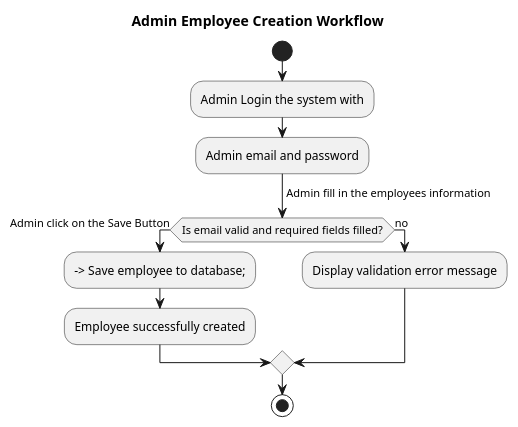
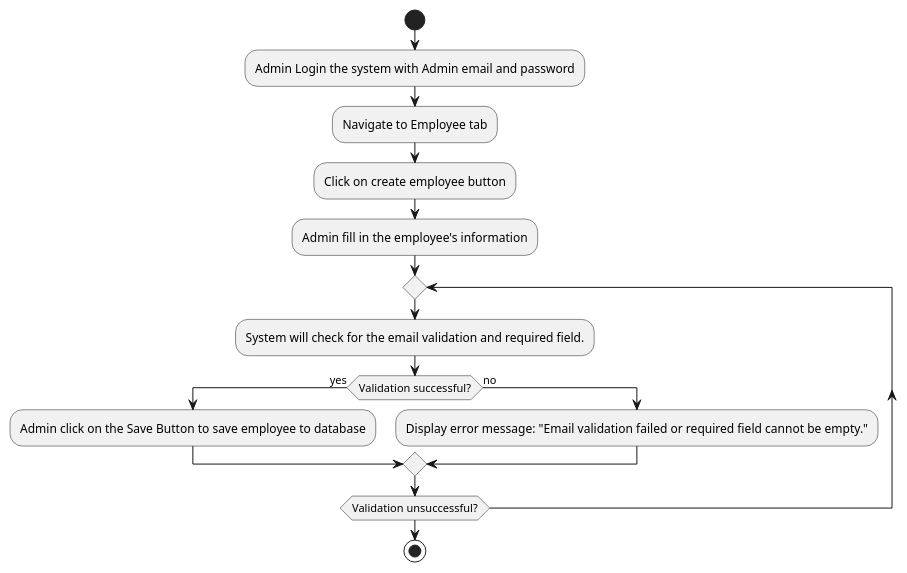
Before and after one commit to huyho09/user-story-2-diagram: the diagram in backend/diagram.puml, drawn with PlantUML. The commit also changed 4 other files, not shown here.

```diff
--- a/backend/diagram.puml
+++ b/backend/diagram.puml
@@ -1,22 +1,21 @@
 @startuml
 
-title Admin Employee Creation Workflow
+start
 
-start
-:Admin Login the system with;
-:Admin email and password;
--> Navigate to Employee tab;
--> Click on create employee button;
--> Admin fill in the employees information;
+:Admin Login the system with Admin email and password;
+:Navigate to Employee tab;
+:Click on create employee button;
+:Admin fill in the employee's information;
 
-if (Is email valid and required fields filled?) then (yes)
-  -> Admin click on the Save Button;
-  --> Save employee to database;
-  :Employee successfully created;
-else (no)
-  :Display validation error message;
-endif
+repeat
+  :System will check for the email validation and required field.;
+  if (Validation successful?) then (yes)
+    :Admin click on the Save Button to save employee to database;
+  else (no)
+    :Display error message: "Email validation failed or required field cannot be empty.";
+  endif
+repeat while (Validation unsuccessful?)
 
 stop
 
 @enduml
```
